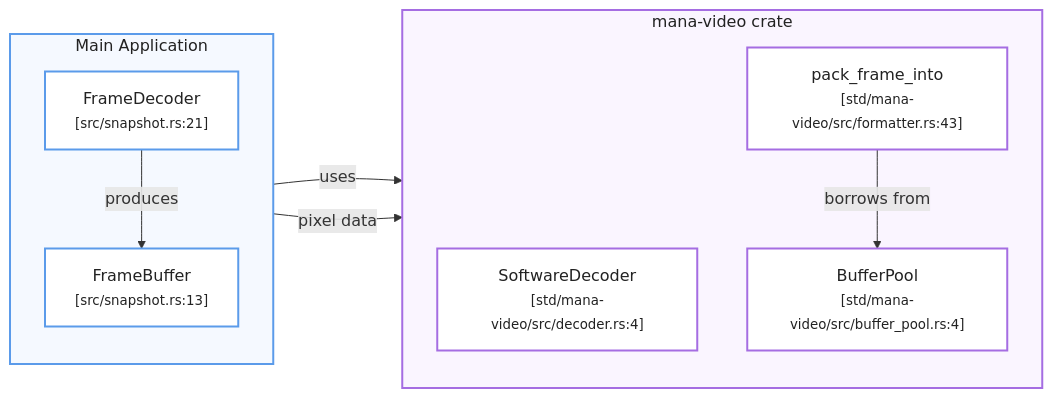
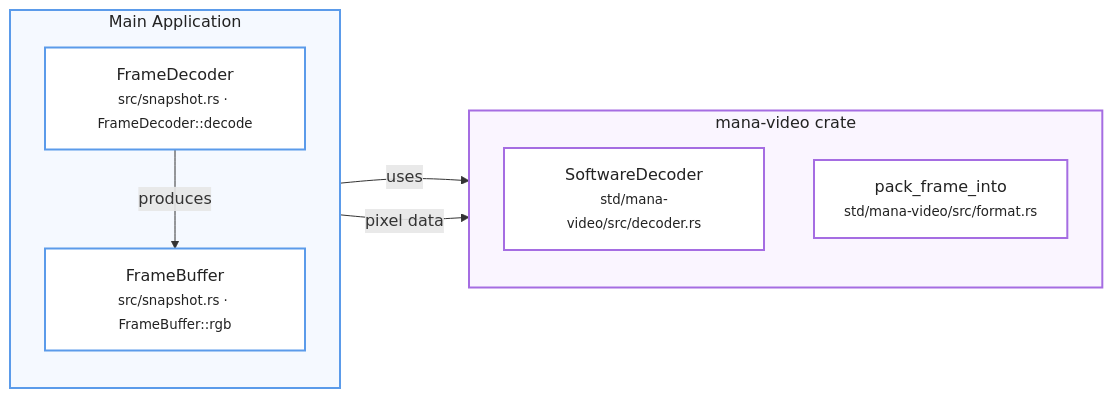
One commit to e7canasta/mana-lite changed the second of 2 diagrams in docs/wiki/2.1-video-ingest-and-decoding.md. Above: the diagram before and after it, drawn with Mermaid. The commit also changed other lines of this file and 68 other files, not shown here.

````diff
--- a/docs/wiki/2.1-video-ingest-and-decoding.md
+++ b/docs/wiki/2.1-video-ingest-and-decoding.md
@@ -168,56 +164,53 @@
 ```mermaid
 flowchart LR
 
     %% ========================================
     %% MAIN APPLICATION
     %% ========================================
     subgraph APP["Main Application"]
         direction TB
 
-        FrameDecoder["FrameDecoder<br/><small>[src/snapshot.rs:21]</small>"]
-        FrameBuffer["FrameBuffer<br/><small>[src/snapshot.rs:13]</small>"]
+        FrameDecoder["FrameDecoder<br/><small>src/snapshot.rs · FrameDecoder::decode</small>"]
+        FrameBuffer["FrameBuffer<br/><small>src/snapshot.rs · FrameBuffer::rgb</small>"]
 
         FrameDecoder -->|produces| FrameBuffer
     end
 
 
     %% ========================================
     %% MANA-VIDEO CRATE
     %% ========================================
     subgraph MANA["mana-video crate"]
         direction TB
 
-        SoftwareDecoder["SoftwareDecoder<br/><small>[std/mana-video/src/decoder.rs:4]</small>"]
-        PackFrameInto["pack_frame_into<br/><small>[std/mana-video/src/formatter.rs:43]</small>"]
-        BufferPool["BufferPool<br/><small>[std/mana-video/src/buffer_pool.rs:4]</small>"]
-
-        PackFrameInto -->|borrows from| BufferPool
+        SoftwareDecoder["SoftwareDecoder<br/><small>std/mana-video/src/decoder.rs</small>"]
+        PackFrameInto["pack_frame_into<br/><small>std/mana-video/src/format.rs</small>"]
     end
 
 
     %% ========================================
     %% CROSS-BOUNDARY RELATIONSHIPS
     %% ========================================
 
     FrameDecoder -->|uses| SoftwareDecoder
     FrameBuffer -->|pixel data| PackFrameInto
 
 
     %% ========================================
     %% NODE STYLES
     %% ========================================
 
     classDef appNode fill:#ffffff,stroke:#5b9bea,stroke-width:2px,color:#222;
     classDef manaNode fill:#ffffff,stroke:#a56de2,stroke-width:2px,color:#222;
 
     class FrameDecoder,FrameBuffer appNode;
-    class SoftwareDecoder,PackFrameInto,BufferPool manaNode;
+    class SoftwareDecoder,PackFrameInto manaNode;
 
 
     %% ========================================
     %% SUBGRAPH STYLES
     %% ========================================
 
     style APP fill:#f5f9ff,stroke:#5b9bea,stroke-width:2px,color:#222;
     style MANA fill:#faf5ff,stroke:#a56de2,stroke-width:2px,color:#222;
 ```
````
